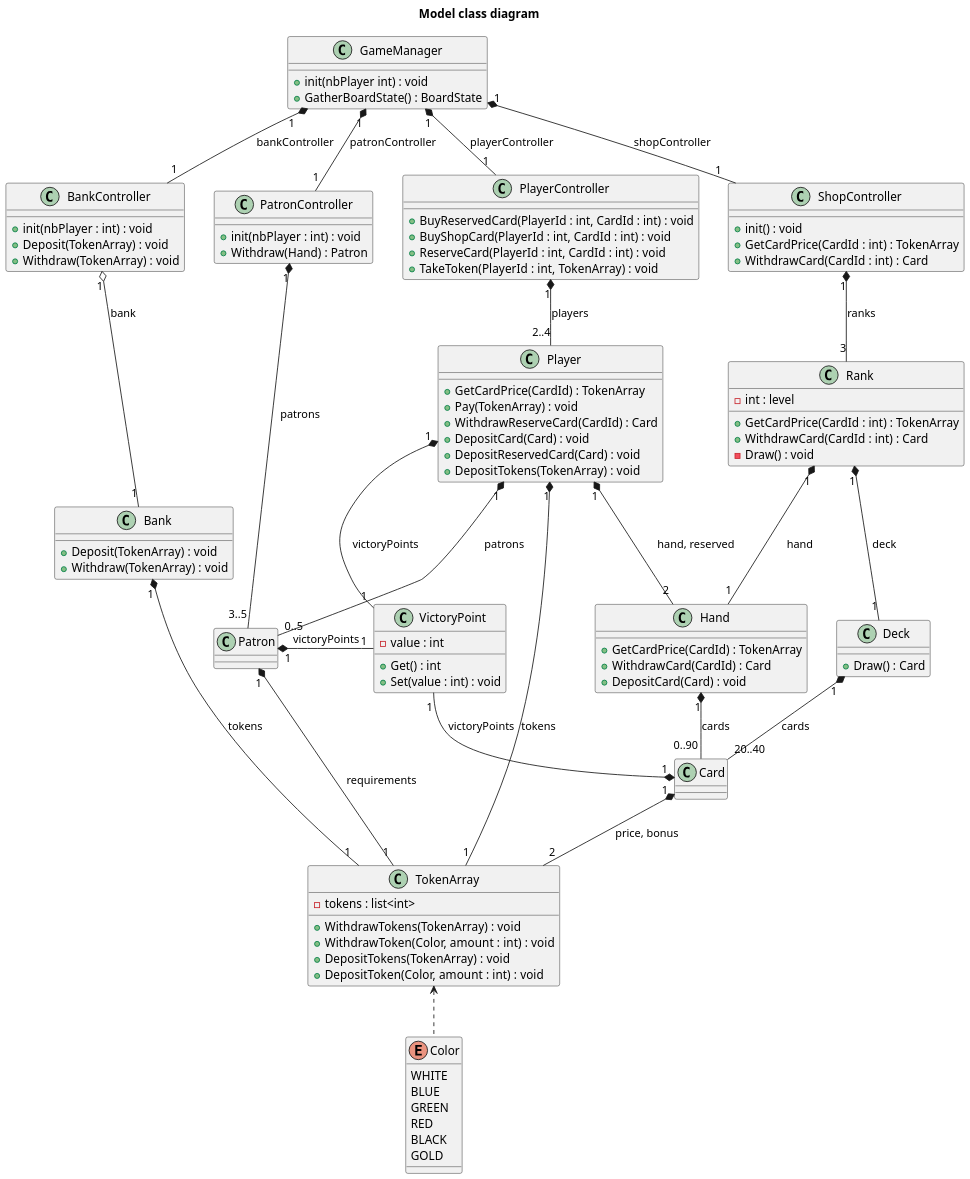
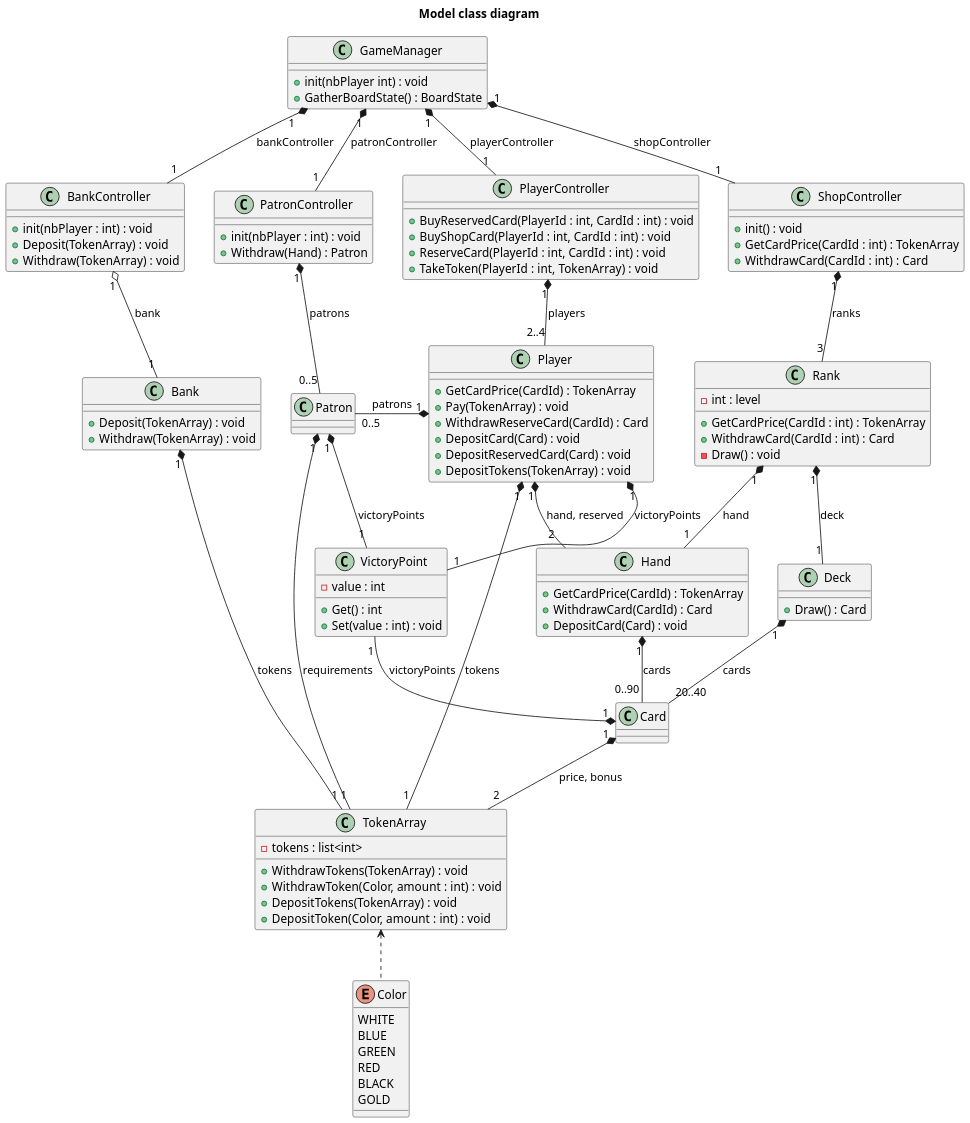
The diagram in Technical Specifications/ClassDiagram.puml (kalharko/splendia), drawn with PlantUML before and after one commit. The commit also changed 5 other files, not shown here.

Commit message:
:sparkles: new and updated diagrams

```diff
--- a/Technical Specifications/ClassDiagram.puml
+++ b/Technical Specifications/ClassDiagram.puml
@@ -1,136 +1,138 @@
 @startuml classDiagram
 title Model class diagram
 scale 1.5
 
 GameManager "1" *-- "1" BankController : bankController
 GameManager "1" *-- "1" PatronController : patronController
 GameManager "1" *-- "1" PlayerController : playerController
 GameManager "1" *-- "1" ShopController : shopController
 
 BankController "1" o-down- "1" Bank : bank
 Bank "1" *-- "1" TokenArray : tokens
 
-PatronController "1" *-- "3..5" Patron : patrons
+PatronController "1" *-- "0..5" Patron : patrons
 Patron "1" *-- "1" TokenArray : requirements
 
 PlayerController "1" *-- "2..4" Player : players
 Player "1" *-- "1" TokenArray : tokens
 Player "1" *-- "2" Hand : hand, reserved
 Player "1" *-- "0..5" Patron : patrons
 
 ShopController "1" *-- "3" Rank : ranks
 Rank "1" *-- "1" Hand : hand
 Rank "1" *-- "1" Deck : deck
 
 Deck "1" *-- "20..40" Card : cards
 Hand "1" *-- "0..90" Card : cards
 
 Card "1" *-- "2" TokenArray : price, bonus
 TokenArray <.. Color
 
 
 BankController .r[hidden]. PatronController
 PatronController .r[hidden]. PlayerController
 PlayerController .r[hidden]. ShopController
 
-
+Bank .r[hidden]. Patron
+Patron .r[hidden]. Player
+Player .r[hidden]. Rank
 
 VictoryPoint .r[hidden]. Hand
 VictoryPoint "1" -[norank]-* "1" Patron : victoryPoints
 VictoryPoint "1" -[norank]-* "1" Card : victoryPoints
 VictoryPoint "1" -[norank]-* "1" Player : victoryPoints
 
 
 
 
 class GameManager {
     +init(nbPlayer int) : void
     +GatherBoardState() : BoardState
 }
 
 
 class BankController {
     +init(nbPlayer : int) : void
     +Deposit(TokenArray) : void
     +Withdraw(TokenArray) : void
 }
 
 class PatronController {
     +init(nbPlayer : int) : void
     +Withdraw(Hand) : Patron
 }
 
 class PlayerController {
     +BuyReservedCard(PlayerId : int, CardId : int) : void
     +BuyShopCard(PlayerId : int, CardId : int) : void
     +ReserveCard(PlayerId : int, CardId : int) : void
     +TakeToken(PlayerId : int, TokenArray) : void
 }
 
 class ShopController {
     +init() : void
     +GetCardPrice(CardId : int) : TokenArray
     +WithdrawCard(CardId : int) : Card
 }
 
 
 
 class Bank {
     +Deposit(TokenArray) : void
     +Withdraw(TokenArray) : void
 }
 
 
 
 class Player {
     +GetCardPrice(CardId) : TokenArray
     +Pay(TokenArray) : void
     +WithdrawReserveCard(CardId) : Card
     +DepositCard(Card) : void
     +DepositReservedCard(Card) : void
     +DepositTokens(TokenArray) : void
 }
 
 class Rank {
     -int : level
     +GetCardPrice(CardId : int) : TokenArray
     +WithdrawCard(CardId : int) : Card
     -Draw() : void
 }
 
 class Hand {
     +GetCardPrice(CardId) : TokenArray
     +WithdrawCard(CardId) : Card
     +DepositCard(Card) : void
 }
 
 class Deck {
     +Draw() : Card
 }
 
 
 class VictoryPoint {
     -value : int
     +Get() : int
     +Set(value : int) : void
 }
 
 class TokenArray {
     -tokens : list<int>
     +WithdrawTokens(TokenArray) : void
     +WithdrawToken(Color, amount : int) : void
     +DepositTokens(TokenArray) : void
     +DepositToken(Color, amount : int) : void
 }
 
 
 enum Color {
     WHITE
     BLUE
     GREEN
     RED
     BLACK
     GOLD
 }
 
 @enduml
```
